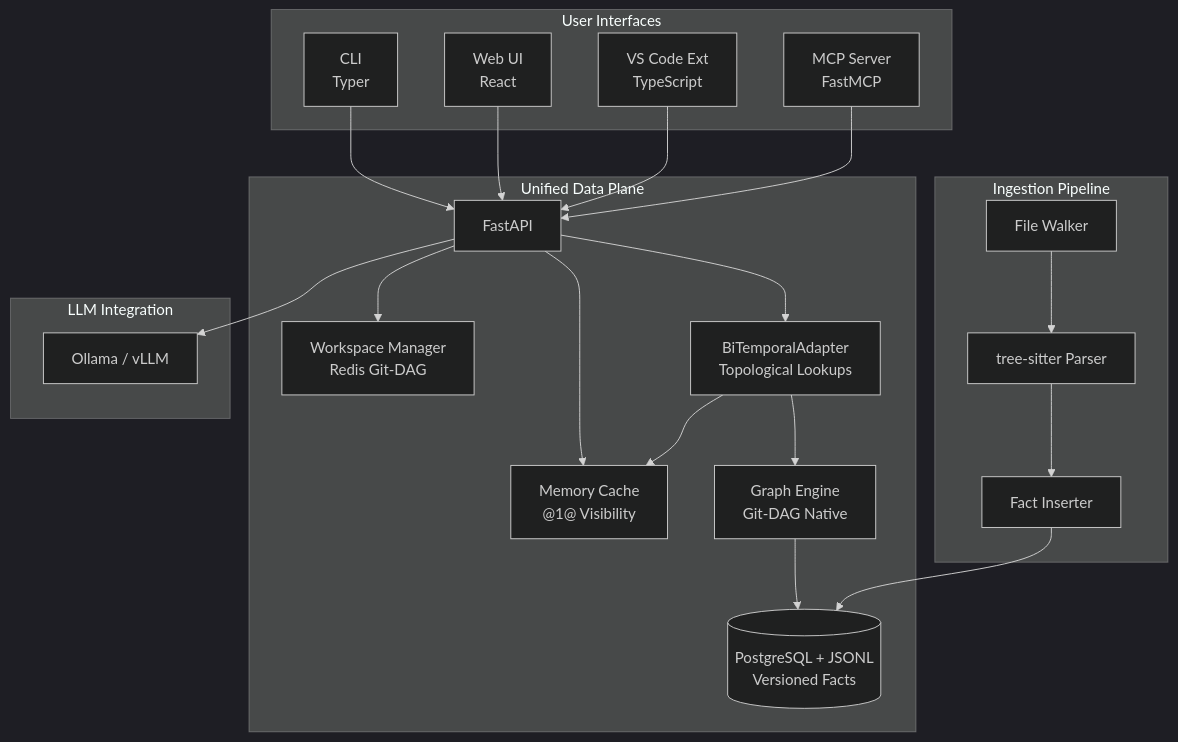
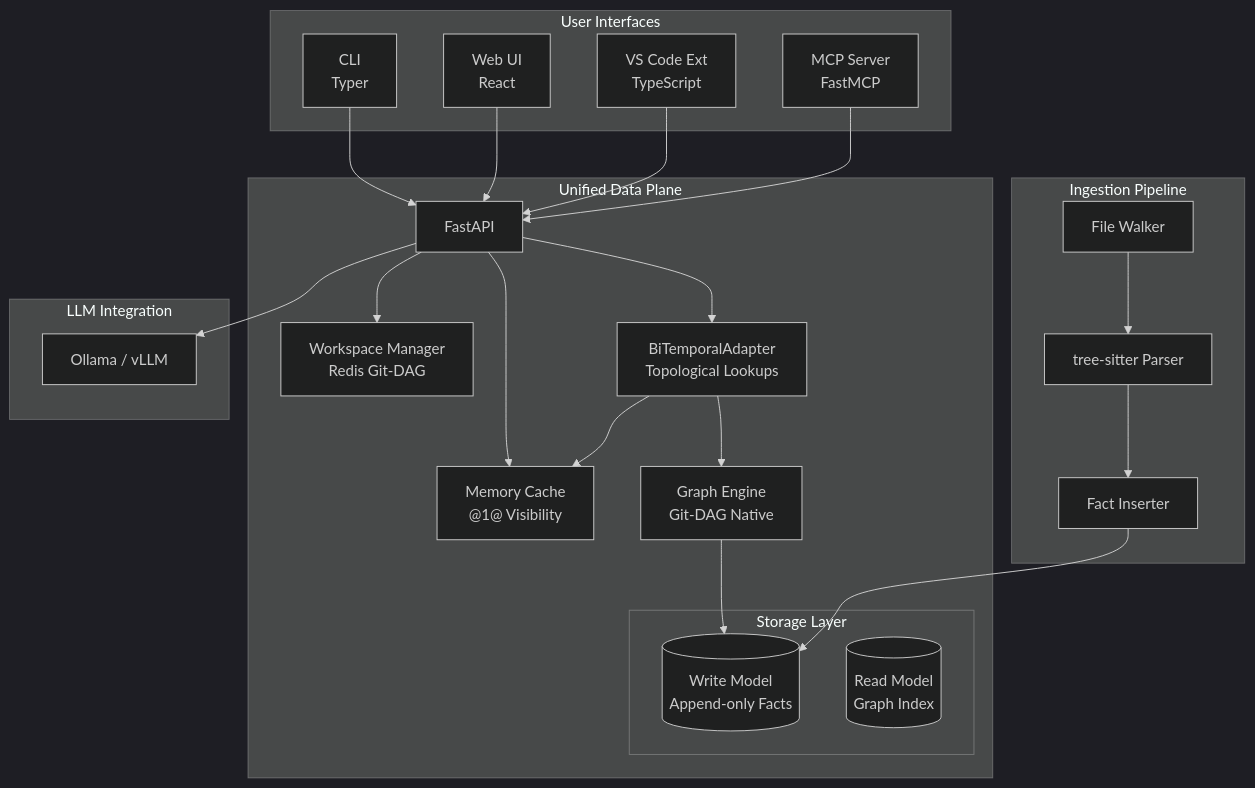
Before and after one commit to bmrtech-oss/code-intel: the second of 4 diagrams in docs/code-intel-design.md, drawn with Mermaid (dark theme). The commit also changed other lines of this file and 24 other files, not shown here.

````diff
--- a/docs/code-intel-design.md
+++ b/docs/code-intel-design.md
@@ -63,41 +65,44 @@
 ```mermaid
 graph TB
     subgraph "User Interfaces"
         CLI[CLI<br/>Typer]
         WebUI[Web UI<br/>React]
         VSCode[VS Code Ext<br/>TypeScript]
         MCP[MCP Server<br/>FastMCP]
     end
 
     subgraph "Unified Data Plane"
         API[FastAPI]
         WS[Workspace Manager<br/>Redis Git-DAG]
         Cache[Memory Cache<br/>@1@ Visibility]
         Adapter[BiTemporalAdapter<br/>Topological Lookups]
         Engine[Graph Engine<br/>Git-DAG Native]
-        Store[(PostgreSQL + JSONL<br/>Versioned Facts)]
+        subgraph "Storage Layer"
+            Store[(Write Model<br/>Append-only Facts)]
+            ReadModel[(Read Model<br/>Graph Index)]
+        end
     end
 
     subgraph "Ingestion Pipeline"
         Walker[File Walker]
         Parser[tree-sitter Parser]
         FactInserter[Fact Inserter]
     end
 
     subgraph "LLM Integration"
         Ollama[Ollama / vLLM]
     end
 
     CLI --> API
     WebUI --> API
     VSCode --> API
     MCP --> API
     API --> WS
     API --> Cache
     API --> Adapter
     Adapter --> Cache
     Adapter --> Engine
     Engine --> Store
     Walker --> Parser --> FactInserter --> Store
     API --> Ollama
 ```
````
